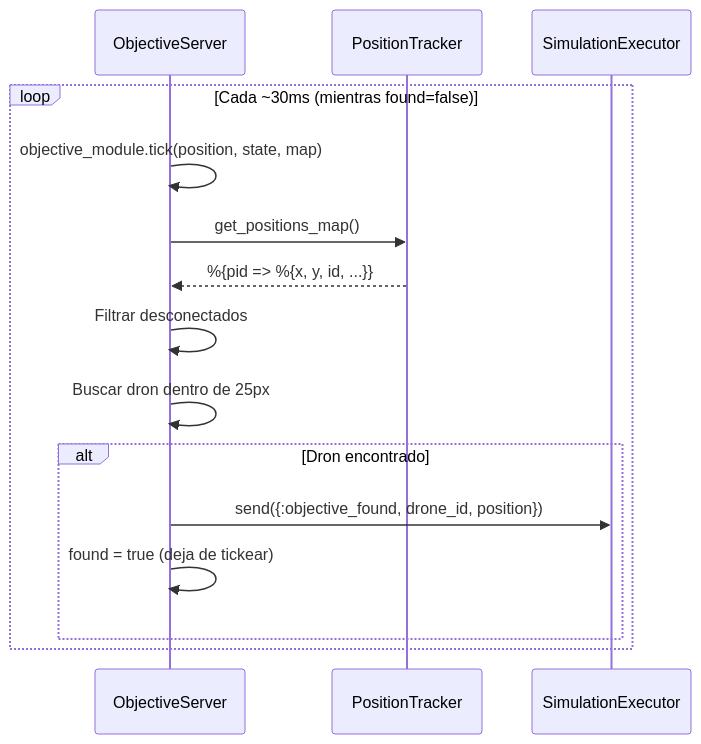
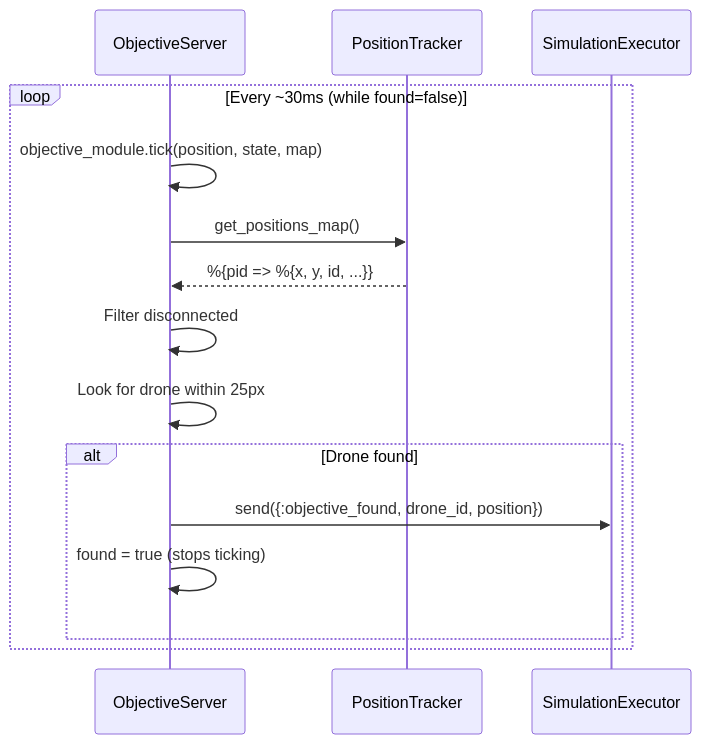
Before and after one commit to FLAGlab/Elixir-Swarm-Simulator: the fourth of 4 diagrams in docs/core/environment.md, drawn with Mermaid. The commit also changed other lines of this file and 40 other files, not shown here.

````diff
--- a/docs/core/environment.md
+++ b/docs/core/environment.md
@@ -241,19 +241,19 @@
 ```mermaid
 sequenceDiagram
     participant OS as ObjectiveServer
     participant PT as PositionTracker
     participant Ex as SimulationExecutor
 
-    loop Cada ~30ms (mientras found=false)
+    loop Every ~30ms (while found=false)
         OS->>OS: objective_module.tick(position, state, map)
         OS->>PT: get_positions_map()
         PT-->>OS: %{pid => %{x, y, id, ...}}
-        OS->>OS: Filtrar desconectados
-        OS->>OS: Buscar dron dentro de 25px
+        OS->>OS: Filter disconnected
+        OS->>OS: Look for drone within 25px
 
-        alt Dron encontrado
+        alt Drone found
             OS->>Ex: send({:objective_found, drone_id, position})
-            OS->>OS: found = true (deja de tickear)
+            OS->>OS: found = true (stops ticking)
         end
     end
 ```
````
